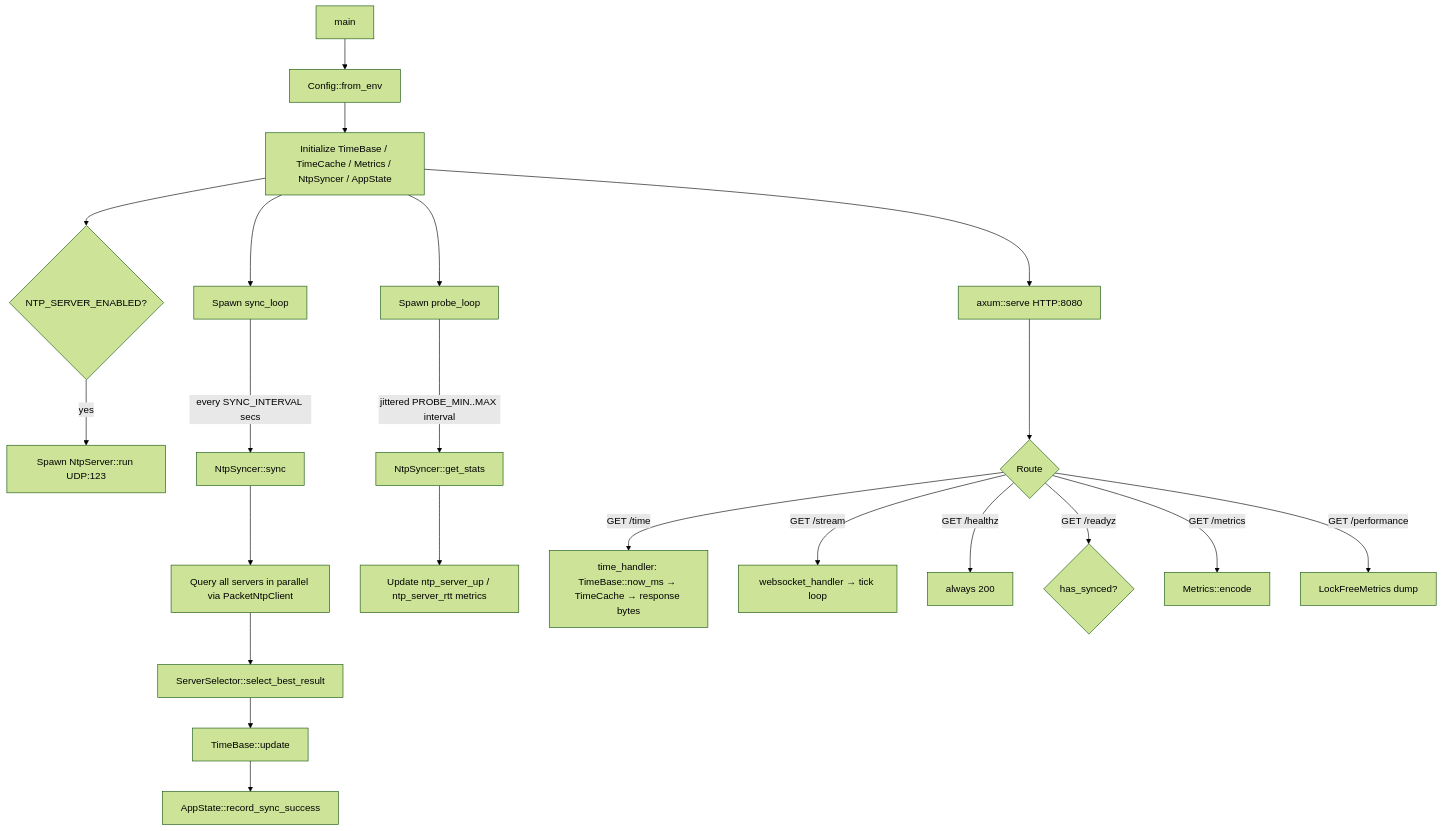
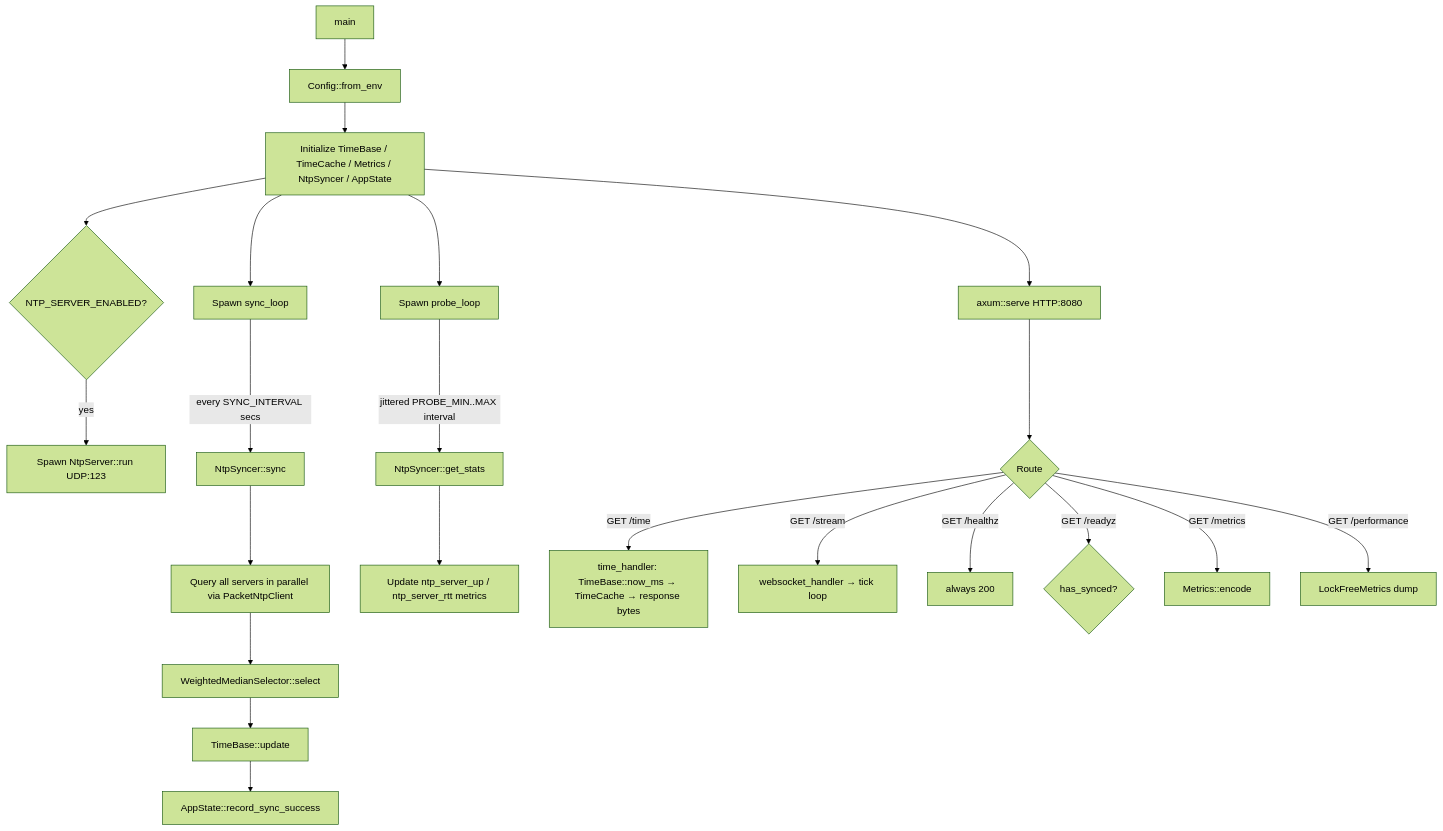
The diagram in PROJECT_ARCHITECTURE.md (samansohani78/NTP-Time-JSON-API), drawn with Mermaid (forest theme) before and after one commit. The commit also changed other lines of this file and 4 other files, not shown here.

First line of the commit message:
docs: final consistency pass — P0/P1/P1F complete, remove stale roadmap claims

````diff
--- a/PROJECT_ARCHITECTURE.md
+++ b/PROJECT_ARCHITECTURE.md
@@ -101,27 +100,27 @@
 ```mermaid
 flowchart TD
     A[main] --> B[Config::from_env]
     B --> C[Initialize TimeBase / TimeCache / Metrics / NtpSyncer / AppState]
     C --> D[Spawn sync_loop]
     C --> E[Spawn probe_loop]
     C --> F{NTP_SERVER_ENABLED?}
     F -- yes --> G[Spawn NtpServer::run UDP:123]
     C --> H[axum::serve HTTP:8080]
 
     D -->|every SYNC_INTERVAL secs| I[NtpSyncer::sync]
     I --> J[Query all servers in parallel via PacketNtpClient]
-    J --> K[ServerSelector::select_best_result]
+    J --> K[WeightedMedianSelector::select]
     K --> L[TimeBase::update]
     L --> M[AppState::record_sync_success]
 
     E -->|jittered PROBE_MIN..MAX interval| N[NtpSyncer::get_stats]
     N --> O[Update ntp_server_up / ntp_server_rtt metrics]
 
     H --> P{Route}
     P -- GET /time --> Q[time_handler: TimeBase::now_ms → TimeCache → response bytes]
     P -- GET /stream --> R[websocket_handler → tick loop]
     P -- GET /healthz --> S[always 200]
     P -- GET /readyz --> T{has_synced?}
     P -- GET /metrics --> U[Metrics::encode]
     P -- GET /performance --> V[LockFreeMetrics dump]
 ```
````
